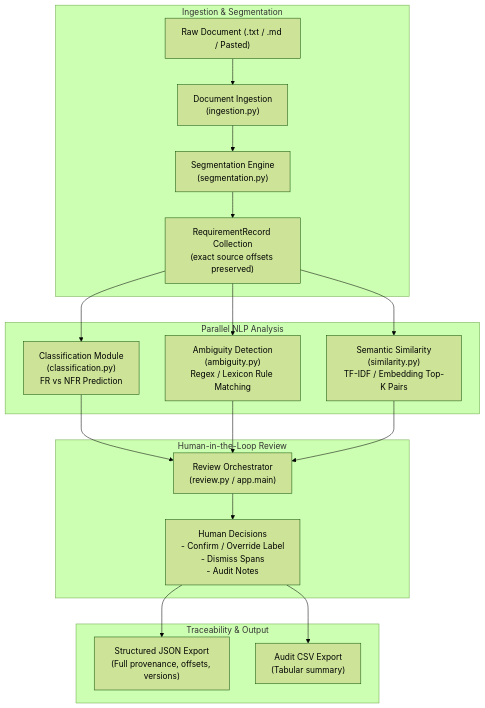
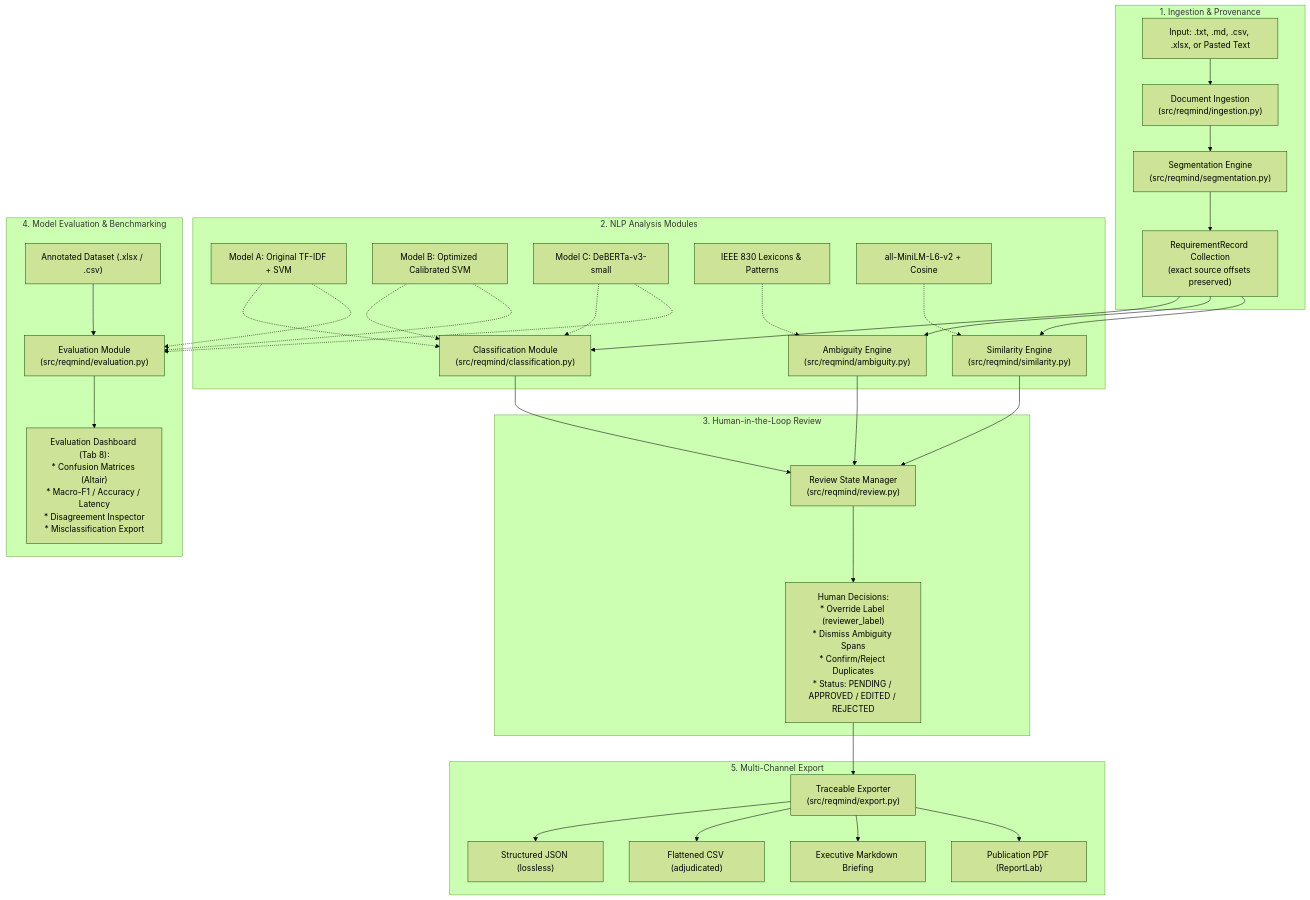
Before and after one commit to ZAKARIAE48CHELLE/reqmind-ai: the diagram in docs/architecture.md, drawn with Mermaid (forest theme). The commit also changed other lines of this file and 9 other files, not shown here.

````diff
--- a/docs/architecture.md
+++ b/docs/architecture.md
@@ -67,26 +75,44 @@
 ```mermaid
 flowchart TD
-    subgraph Ingestion_Stage["Ingestion & Segmentation"]
-        A["Raw Document (.txt / .md / Pasted)"] --> B["Document Ingestion<br/>(ingestion.py)"]
-        B --> C["Segmentation Engine<br/>(segmentation.py)"]
+    subgraph Ingestion_Stage["1. Ingestion & Provenance"]
+        A["Input: .txt, .md, .csv, .xlsx, or Pasted Text"] --> B["Document Ingestion<br/>(src/reqmind/ingestion.py)"]
+        B --> C["Segmentation Engine<br/>(src/reqmind/segmentation.py)"]
         C --> D["RequirementRecord Collection<br/>(exact source offsets preserved)"]
     end
 
-    subgraph NLP_Analysis["Parallel NLP Analysis"]
-        D --> E["Classification Module<br/>(classification.py)<br/>FR vs NFR Prediction"]
-        D --> F["Ambiguity Detection<br/>(ambiguity.py)<br/>Regex / Lexicon Rule Matching"]
-        D --> G["Semantic Similarity<br/>(similarity.py)<br/>TF-IDF / Embedding Top-K Pairs"]
+    subgraph Parallel_NLP["2. NLP Analysis Modules"]
+        D --> E["Classification Module<br/>(src/reqmind/classification.py)"]
+        D --> F["Ambiguity Engine<br/>(src/reqmind/ambiguity.py)"]
+        D --> G["Similarity Engine<br/>(src/reqmind/similarity.py)"]
+
+        E1["Model A: Original TF-IDF + SVM"] -.-> E
+        E2["Model B: Optimized Calibrated SVM"] -.-> E
+        E3["Model C: DeBERTa-v3-small"] -.-> E
+
+        F1["IEEE 830 Lexicons & Patterns"] -.-> F
+        G1["all-MiniLM-L6-v2 + Cosine"] -.-> G
     end
 
-    subgraph HITL_Review["Human-in-the-Loop Review"]
-        E --> H["Review Orchestrator<br/>(review.py / app.main)"]
+    subgraph HITL_Review["3. Human-in-the-Loop Review"]
+        E --> H["Review State Manager<br/>(src/reqmind/review.py)"]
         F --> H
         G --> H
-        H --> I["Human Decisions<br/>- Confirm / Override Label<br/>- Dismiss Spans<br/>- Audit Notes"]
+        H --> I["Human Decisions:<br/>* Override Label (reviewer_label)<br/>* Dismiss Ambiguity Spans<br/>* Confirm/Reject Duplicates<br/>* Status: PENDING / APPROVED / EDITED / REJECTED"]
     end
 
-    subgraph Export_Stage["Traceability & Output"]
-        I --> J["Structured JSON Export<br/>(Full provenance, offsets, versions)"]
-        I --> K["Audit CSV Export<br/>(Tabular summary)"]
+    subgraph Evaluation_Stage["4. Model Evaluation & Benchmarking"]
+        J["Annotated Dataset (.xlsx / .csv)"] --> K["Evaluation Module<br/>(src/reqmind/evaluation.py)"]
+        E1 -.-> K
+        E2 -.-> K
+        E3 -.-> K
+        K --> L["Evaluation Dashboard (Tab 8):<br/>* Confusion Matrices (Altair)<br/>* Macro-F1 / Accuracy / Latency<br/>* Disagreement Inspector<br/>* Misclassification Export"]
+    end
+
+    subgraph Export_Stage["5. Multi-Channel Export"]
+        I --> M["Traceable Exporter<br/>(src/reqmind/export.py)"]
+        M --> M1["Structured JSON (lossless)"]
+        M --> M2["Flattened CSV (adjudicated)"]
+        M --> M3["Executive Markdown Briefing"]
+        M --> M4["Publication PDF (ReportLab)"]
     end
 ```
````
